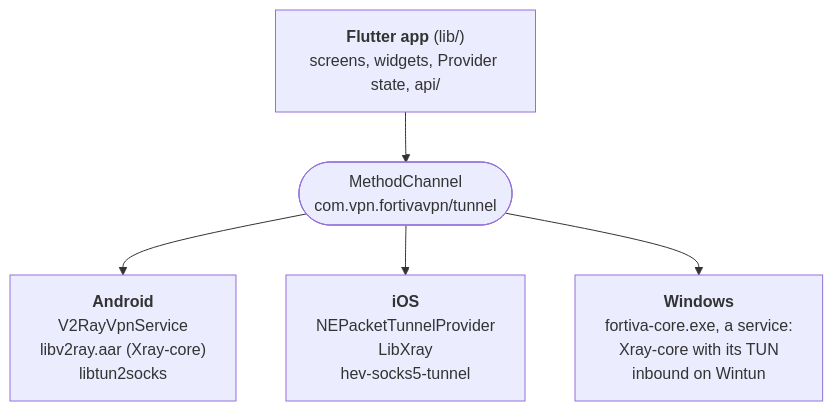
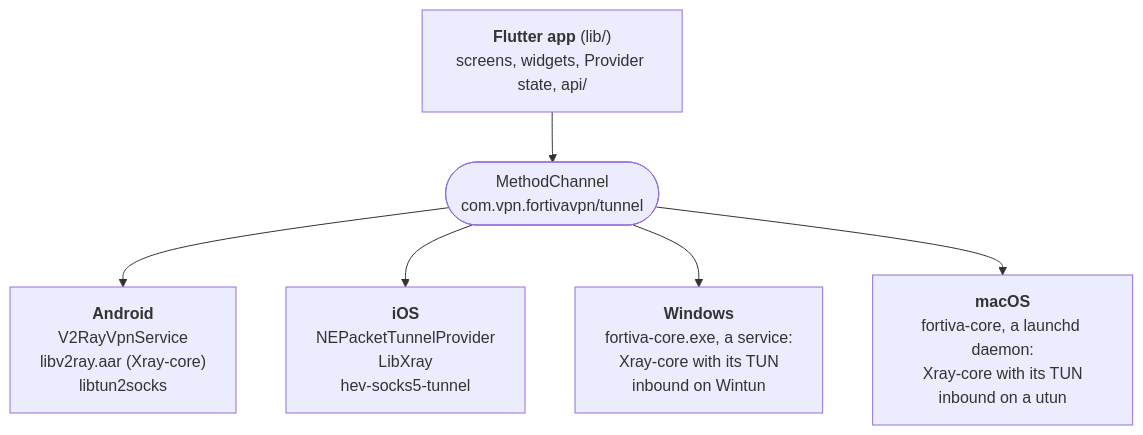
The diagram in README.md (SynAdam/fortivavpn), drawn with Mermaid before and after one commit. The commit also changed other lines of this file and 37 other files, not shown here.

Commit message:
macOS goes public: its source in the public copy and the disk image on the release pages

````diff
--- a/README.md
+++ b/README.md
@@ -129,12 +130,14 @@
 ```mermaid
 flowchart TB
     app["<b>Flutter app</b> (lib/)<br/>screens, widgets, Provider state, api/"]
     channel(["MethodChannel<br/>com.vpn.fortivavpn/tunnel"])
     app --> channel
     channel --> android
     channel --> ios
     channel --> windows
+    channel --> macos
     android["<b>Android</b><br/>V2RayVpnService<br/>libv2ray.aar (Xray-core)<br/>libtun2socks"]
     ios["<b>iOS</b><br/>NEPacketTunnelProvider<br/>LibXray<br/>hev-socks5-tunnel"]
     windows["<b>Windows</b><br/>fortiva-core.exe, a service:<br/>Xray-core with its TUN<br/>inbound on Wintun"]
+    macos["<b>macOS</b><br/>fortiva-core, a launchd daemon:<br/>Xray-core with its TUN<br/>inbound on a utun"]
 ```
````
